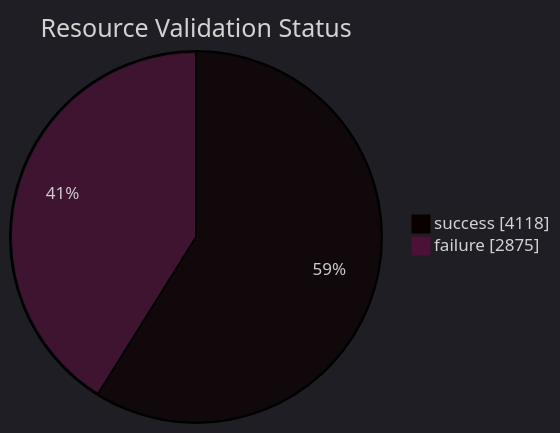
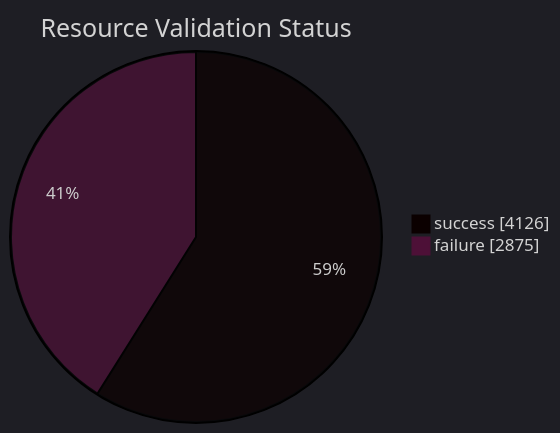
The diagram in datastore_tracker/resource_validation_status_pie_chart.md (open-data/analytics-corporate-reporting), drawn with Mermaid before and after one commit. The commit also changed 11 other files, not shown here.

````diff
--- a/datastore_tracker/resource_validation_status_pie_chart.md
+++ b/datastore_tracker/resource_validation_status_pie_chart.md
@@ -2,9 +2,9 @@
 ```mermaid
 ---
 config:
   theme: dark
 ---
 pie showData title Resource Validation Status
-    "success": 4118
+    "success": 4126
     "failure": 2875
 ```
````
